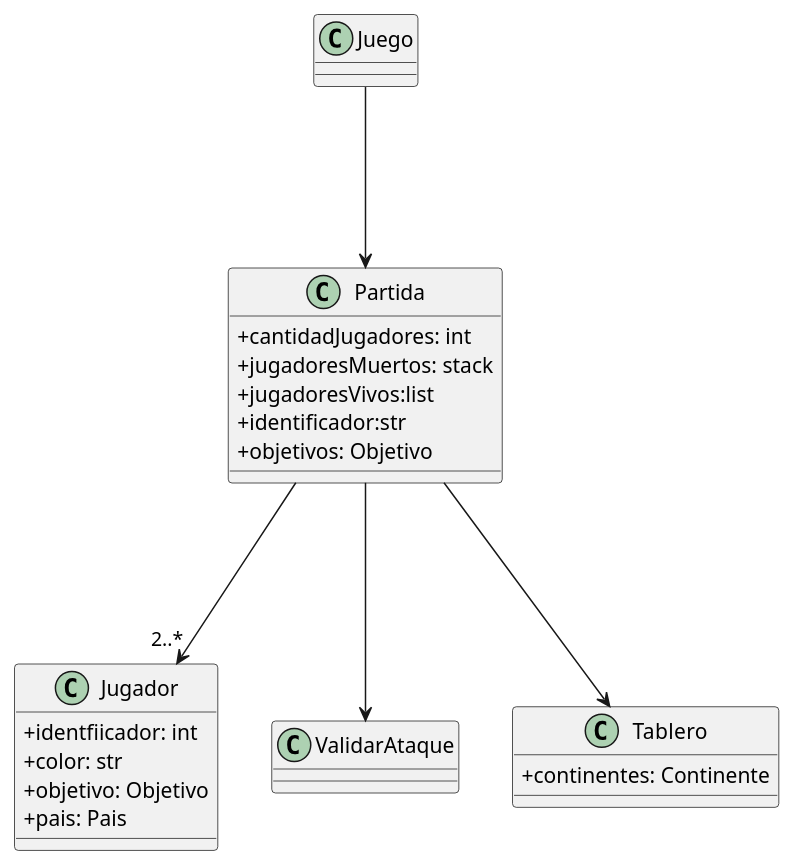
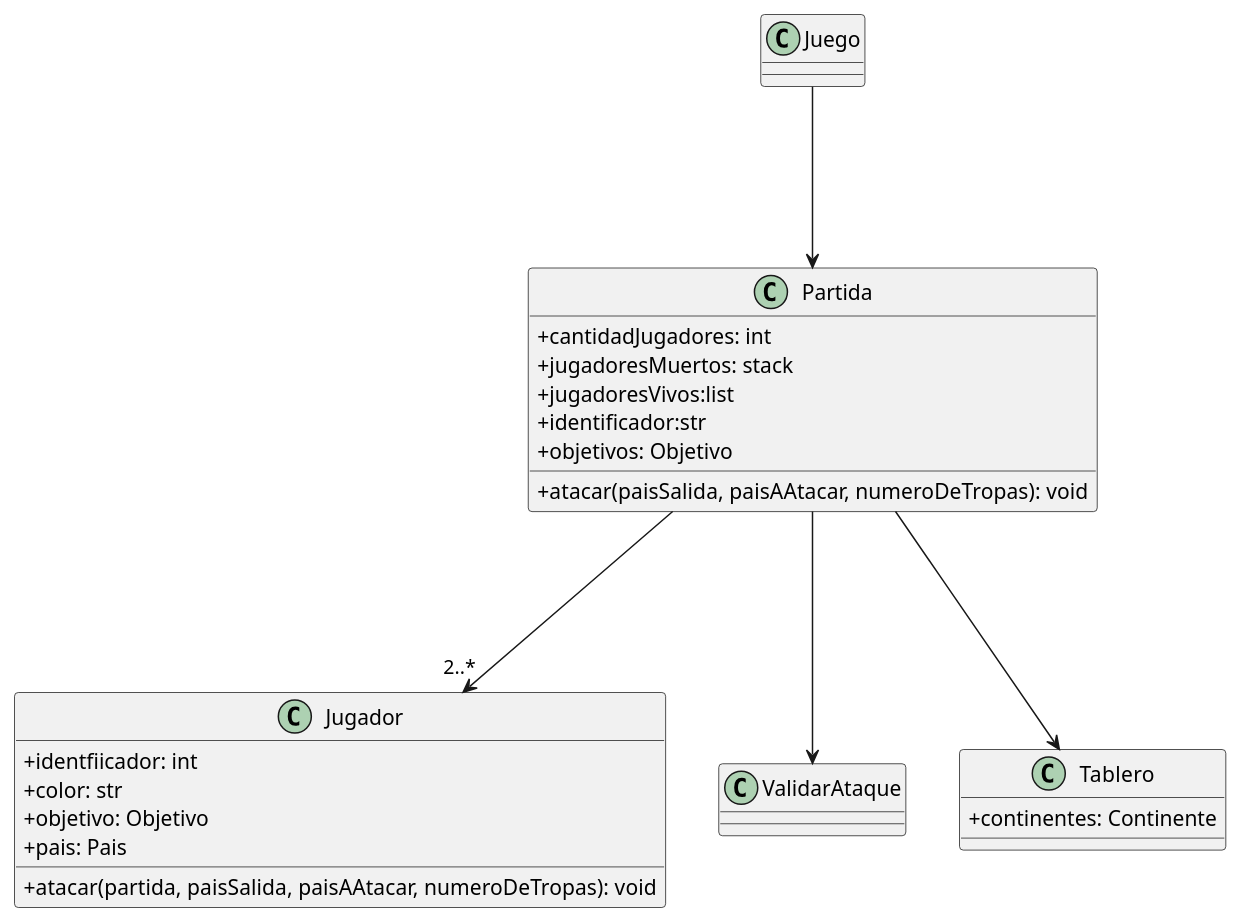
One commit to tomasshiao/TP2_Algo3 changed the diagram in diagramas/diagramaJuego.plantuml. Above: the diagram before and after it, drawn with PlantUML. The commit also changed 4 other files, not shown here.

```diff
--- a/diagramas/diagramaJuego.plantuml
+++ b/diagramas/diagramaJuego.plantuml
@@ -1,35 +1,40 @@
 @startuml
 skinparam classAttributeIconSize 0
 
 class Juego {
        
 }
 
 class Partida{
         + cantidadJugadores: int
         +jugadoresMuertos: stack 
         +jugadoresVivos:list 
         +identificador:str 
         +objetivos: Objetivo
+
+        +atacar(paisSalida, paisAAtacar, numeroDeTropas): void
 }
 
 class Jugador{
         +identfiicador: int 
         + color: str
         +objetivo: Objetivo 
         +pais: Pais
+        
+        +atacar(partida, paisSalida, paisAAtacar, numeroDeTropas): void
+
 }
 
 class ValidarAtaque{}
 
 class Tablero{
         +continentes: Continente
 } 
 
 
 Juego ---> Partida
 Partida --->"2..*" Jugador
 Partida ---> ValidarAtaque
 Partida ---> Tablero
 
 @enduml
```
